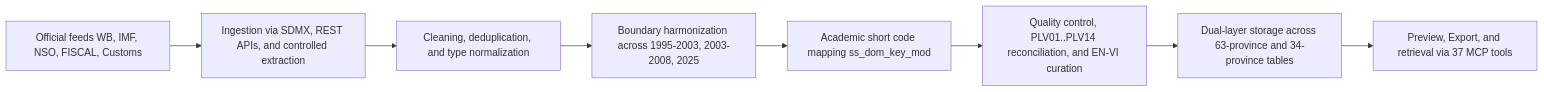
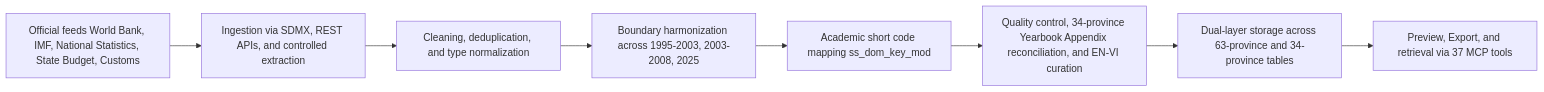
The diagram in i18n/en/docusaurus-plugin-content-docs/current/ecodata/du-lieu/methodology.mdx (vietlod/docs), drawn with Mermaid before and after one commit. The commit also changed other lines of this file and 30 other files, not shown here.

````diff
--- a/i18n/en/docusaurus-plugin-content-docs/current/ecodata/du-lieu/methodology.mdx
+++ b/i18n/en/docusaurus-plugin-content-docs/current/ecodata/du-lieu/methodology.mdx
@@ -39,10 +39,10 @@
 ```mermaid
 flowchart LR
-  A["Official feeds WB, IMF, NSO, FISCAL, Customs"] --> B["Ingestion via SDMX, REST APIs, and controlled extraction"]
+  A["Official feeds World Bank, IMF, National Statistics, State Budget, Customs"] --> B["Ingestion via SDMX, REST APIs, and controlled extraction"]
   B --> C["Cleaning, deduplication, and type normalization"]
   C --> D["Boundary harmonization across 1995-2003, 2003-2008, 2025"]
   D --> E["Academic short code mapping ss_dom_key_mod"]
-  E --> F["Quality control, PLV01..PLV14 reconciliation, and EN-VI curation"]
+  E --> F["Quality control, 34-province Yearbook Appendix reconciliation, and EN-VI curation"]
   F --> G["Dual-layer storage across 63-province and 34-province tables"]
   G --> H["Preview, Export, and retrieval via 37 MCP tools"]
 ```
````
